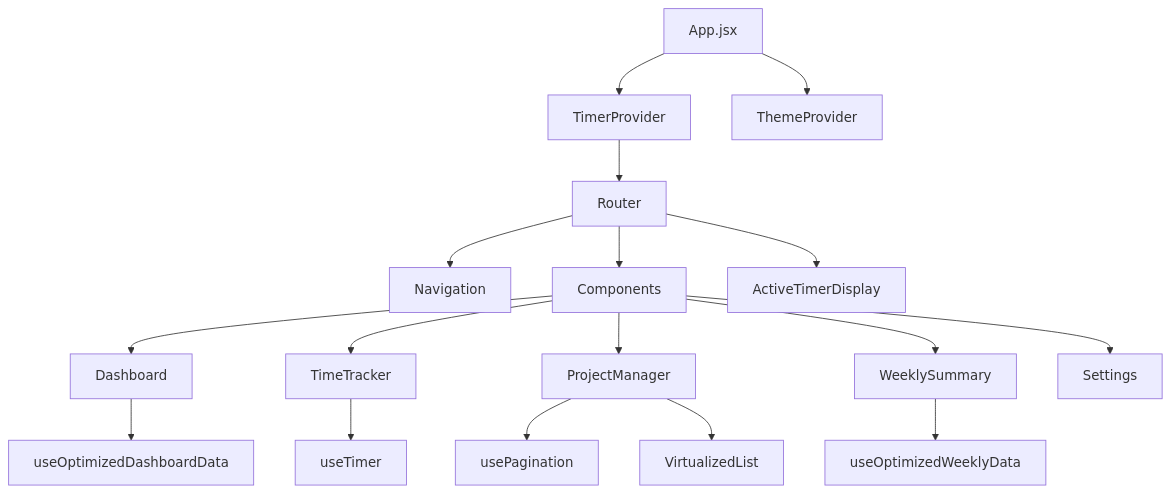
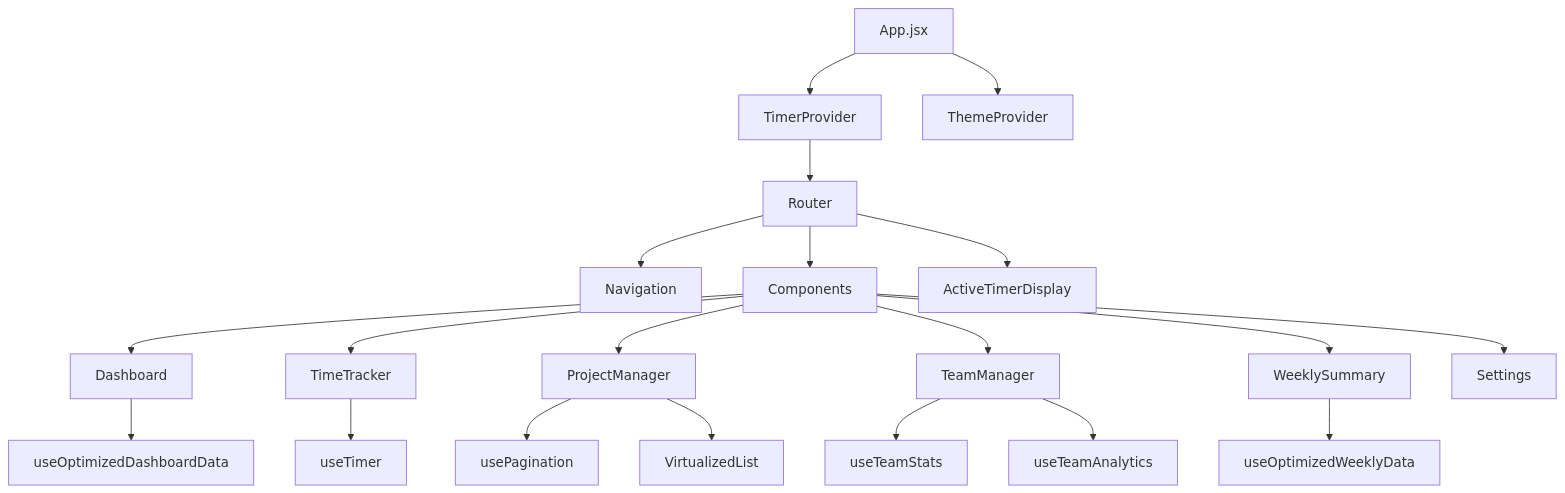
The diagram in ARCHITECTURE.md (dadwritestech/technical-writer-dashboard), drawn with Mermaid before and after one commit. The commit also changed other lines of this file and 5 other files, not shown here.

````diff
--- a/ARCHITECTURE.md
+++ b/ARCHITECTURE.md
@@ -7,21 +7,24 @@
 ```mermaid
 graph TB
     A[App.jsx] --> B[TimerProvider]
     A --> C[ThemeProvider]
     B --> D[Router]
     D --> E[Navigation]
     D --> F[Components]
     D --> G[ActiveTimerDisplay]
     
     F --> H[Dashboard]
     F --> I[TimeTracker]
     F --> J[ProjectManager]
-    F --> K[WeeklySummary]
-    F --> L[Settings]
+    F --> K[TeamManager]
+    F --> L[WeeklySummary]
+    F --> M[Settings]
     
-    H --> M[useOptimizedDashboardData]
-    I --> N[useTimer]
-    J --> O[usePagination]
-    J --> P[VirtualizedList]
-    K --> Q[useOptimizedWeeklyData]
+    H --> N[useOptimizedDashboardData]
+    I --> O[useTimer]
+    J --> P[usePagination]
+    J --> Q[VirtualizedList]
+    K --> R[useTeamStats]
+    K --> S[useTeamAnalytics]
+    L --> T[useOptimizedWeeklyData]
 ```
````
